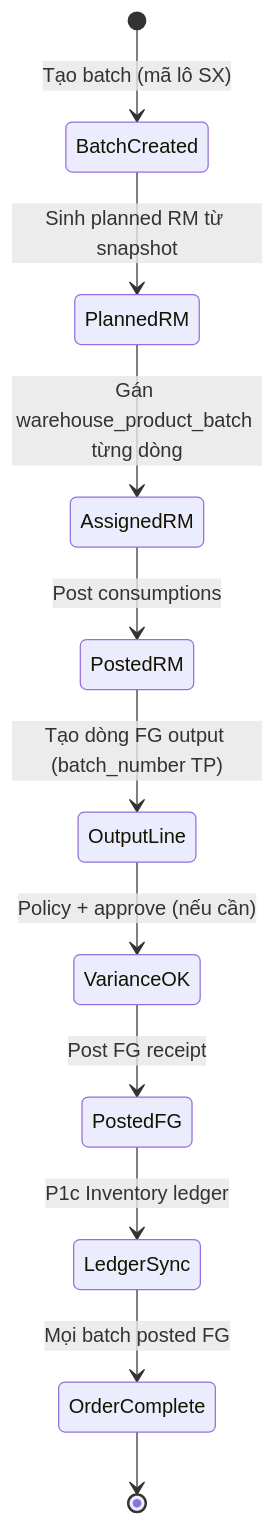
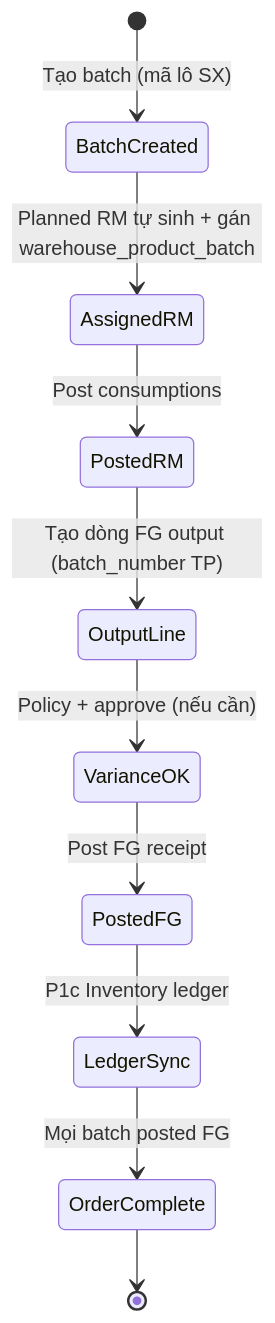
Before and after one commit to hoangphat5393/craveva: the second of 2 diagrams in FUNC_IMPROVE/BIOMIXING_BUSINESS_FLOW_LIVE_VI.md, drawn with Mermaid. The commit also changed other lines of this file and 119 other files, not shown here.

````diff
--- a/FUNC_IMPROVE/BIOMIXING_BUSINESS_FLOW_LIVE_VI.md
+++ b/FUNC_IMPROVE/BIOMIXING_BUSINESS_FLOW_LIVE_VI.md
@@ -104,13 +107,12 @@
 ```mermaid
 stateDiagram-v2
   [*] --> BatchCreated: Tạo batch (mã lô SX)
-  BatchCreated --> PlannedRM: Sinh planned RM từ snapshot
-  PlannedRM --> AssignedRM: Gán warehouse_product_batch từng dòng
+  BatchCreated --> AssignedRM: Planned RM tự sinh + gán warehouse_product_batch
   AssignedRM --> PostedRM: Post consumptions
   PostedRM --> OutputLine: Tạo dòng FG output (batch_number TP)
   OutputLine --> VarianceOK: Policy + approve (nếu cần)
   VarianceOK --> PostedFG: Post FG receipt
   PostedFG --> LedgerSync: P1c Inventory ledger
   LedgerSync --> OrderComplete: Mọi batch posted FG
   OrderComplete --> [*]
 ```
````
